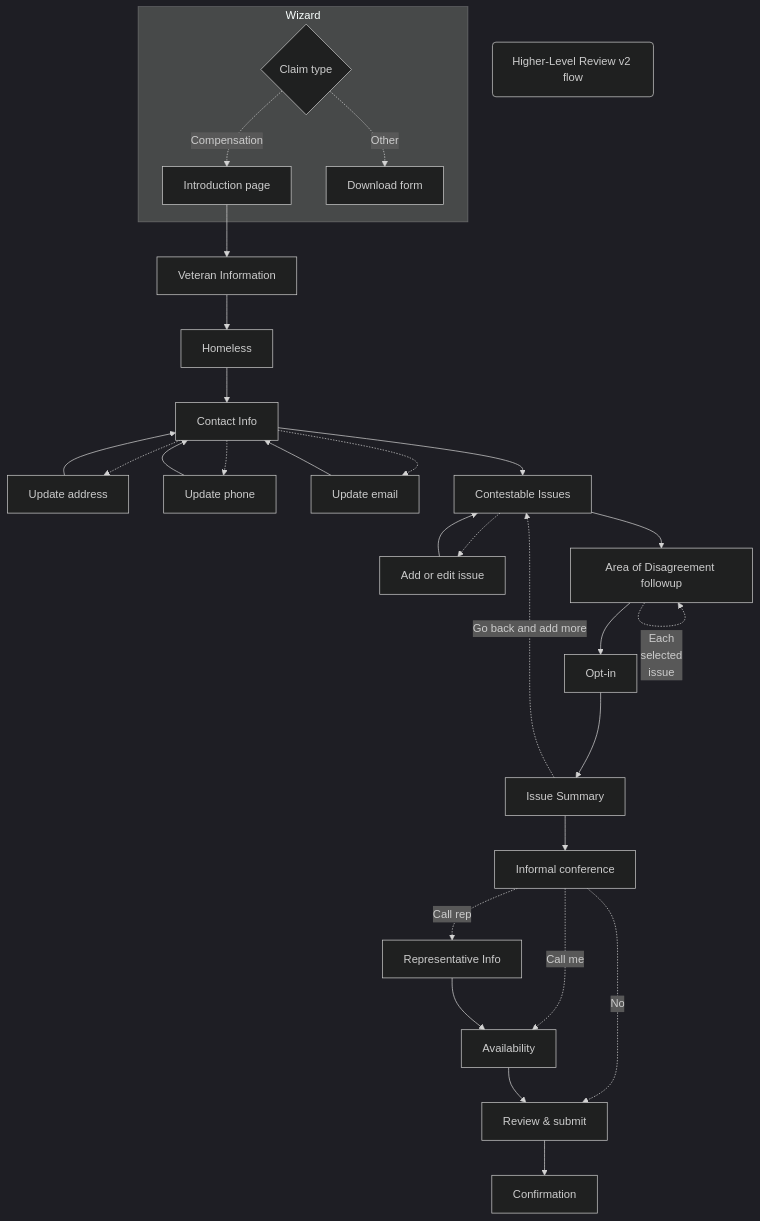
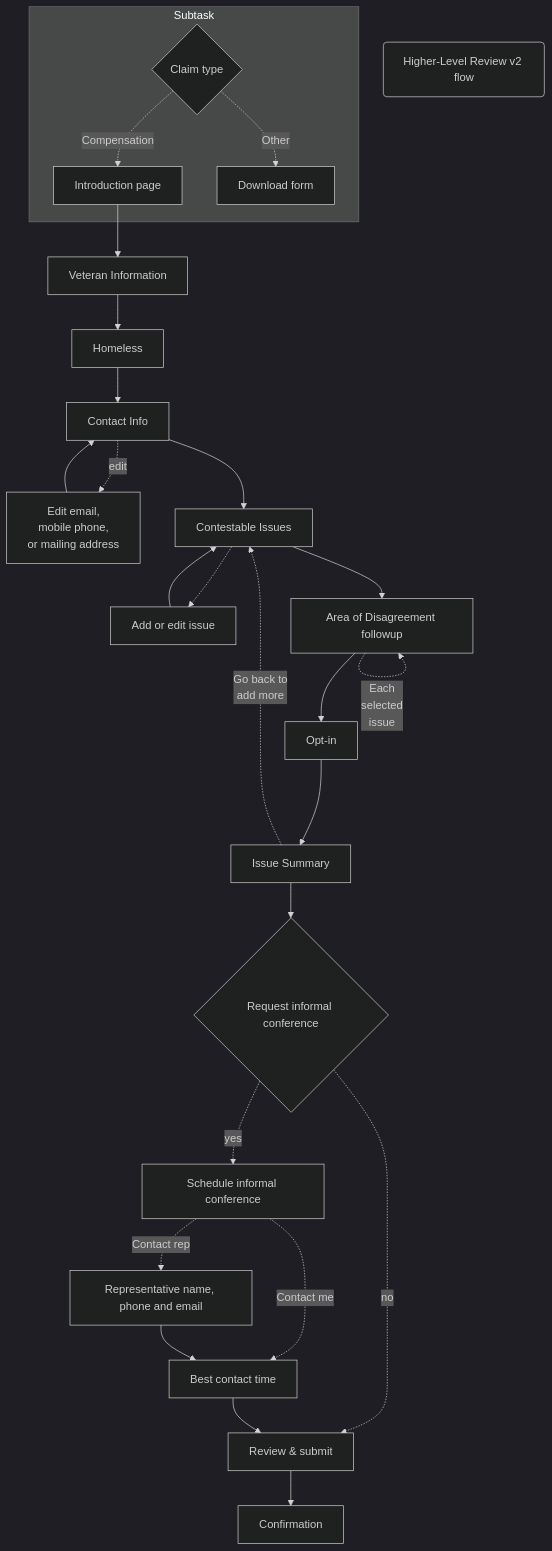
One commit to department-of-veterans-affairs/va.gov-team changed the diagram in products/decision-reviews/higher-level-review/HLR_flow.md. Above: the diagram before and after it, drawn with Mermaid (dark theme). The commit also changed other lines of this file and 6 other files, not shown here.

````diff
--- a/products/decision-reviews/higher-level-review/HLR_flow.md
+++ b/products/decision-reviews/higher-level-review/HLR_flow.md
@@ -1,36 +1,38 @@
 ```mermaid
 flowchart TB
     Title(Higher-Level Review v2 flow)
 
-    subgraph one [Wizard]
+    subgraph one [Subtask]
     ClaimType{Claim type}
     ClaimType -. Compensation .-> Intro[Introduction page]
     ClaimType -. Other .-> DownloadForm[Download form]
     end
 
     Intro --> VetInfo[Veteran Information]
     VetInfo --> Homeless[Homeless]
     Homeless --> ContactInfo[Contact Info]
 
-    ContactInfo -.-> UpdateAddress[Update address] --> ContactInfo
-    ContactInfo -.-> UpdatePhone[Update phone] --> ContactInfo
-    ContactInfo -.-> UpdateEmail[Update email] --> ContactInfo
+    ContactInfo -. edit .-> EditContactInfo
+    EditContactInfo[Edit email,<br>mobile phone,<br>or mailing address] --> ContactInfo
 
     ContactInfo --> ContestableIssues[Contestable Issues]
 
     ContestableIssues -.-> AddOrEditIssue[Add or edit issue] --> ContestableIssues
 
     ContestableIssues --> AreaOfDisagreement[Area of Disagreement followup]
-    AreaOfDisagreement -. Each \n selected \n issue .-> AreaOfDisagreement
+    AreaOfDisagreement -. Each <br> selected <br> issue .-> AreaOfDisagreement
     AreaOfDisagreement --> OptIn[Opt-in]
     OptIn --> IssueSummary[Issue Summary]
-    IssueSummary -. Go back and add more .-> ContestableIssues
+    IssueSummary -. Go back to <br> add more .-> ContestableIssues
 
-    IssueSummary --> InformalConference[Informal conference]
-    InformalConference -. No .-> ReviewAndSubmit[Review & submit]
-    InformalConference -. Call me .-> Availability[Availability]
-    InformalConference -. Call rep .-> RepInfo[Representative Info]
-    RepInfo --> Availability
-    Availability --> ReviewAndSubmit
+    IssueSummary --> RequestInformalConference{Request informal conference}
+
+    RequestInformalConference -. yes .-> ScheduleInformalConference[Schedule informal conference]
+    RequestInformalConference -. no .-> ReviewAndSubmit[Review & submit]
+
+    ScheduleInformalConference -. Contact me .-> BestTime[Best contact time]
+    ScheduleInformalConference -. Contact rep .-> RepInfo[Representative name, phone and email]
+    RepInfo --> BestTime
+    BestTime --> ReviewAndSubmit
     ReviewAndSubmit --> Confirmation
 ```
````
